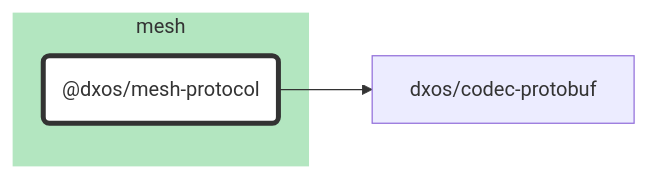
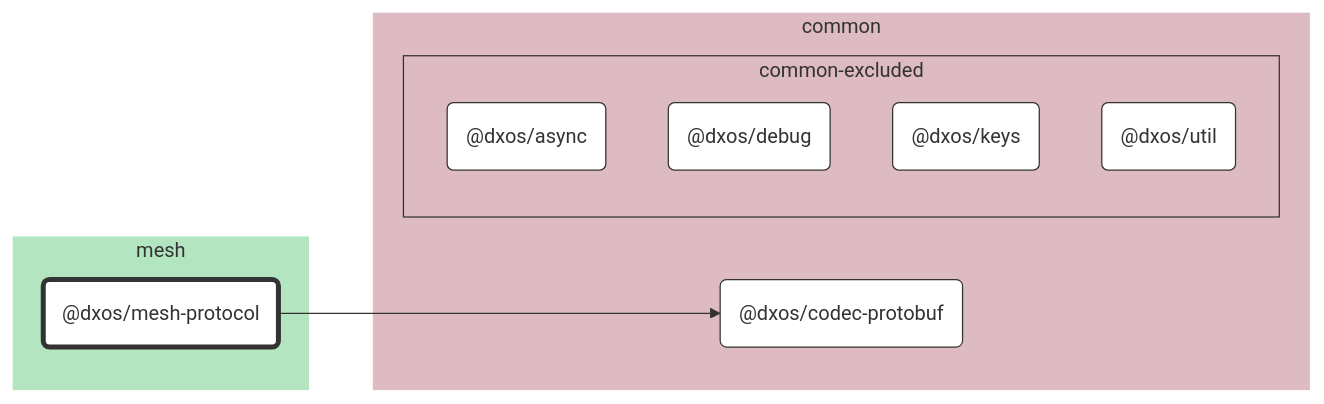
One commit to dxos/dxos changed the diagram in packages/mesh/mesh-protocol/docs/README.md. Above: the diagram before and after it, drawn with Mermaid. The commit also changed 69 other files, not shown here.

````diff
--- a/packages/mesh/mesh-protocol/docs/README.md
+++ b/packages/mesh/mesh-protocol/docs/README.md
@@ -7,21 +7,39 @@
 ```mermaid
 %%{ init: {'flowchart':{'curve':'basis'}} }%%
 
 flowchart LR
 
 %% Classes
 classDef def fill:#fff,stroke:#333,stroke-width:1px
 classDef root fill:#fff,stroke:#333,stroke-width:4px
 
 %% Nodes
 
 subgraph mesh [mesh]
   style mesh fill:#b3e6c0,stroke:#fff
   dxos/mesh-protocol("@dxos/mesh-protocol"):::root
   click dxos/mesh-protocol "dxos/dxos/tree/main/packages/mesh/mesh-protocol/docs"
 end
 
+subgraph common [common]
+  style common fill:#debac2,stroke:#fff
+  dxos/codec-protobuf("@dxos/codec-protobuf"):::def
+  click dxos/codec-protobuf "dxos/dxos/tree/main/packages/common/codec-protobuf/docs"
+
+  subgraph common-excluded [common-excluded]
+    style common-excluded fill:#debac2,stroke:#333,stroke-dashed:5 5
+    dxos/async("@dxos/async"):::def
+    click dxos/async "dxos/dxos/tree/main/packages/common/async/docs"
+    dxos/debug("@dxos/debug"):::def
+    click dxos/debug "dxos/dxos/tree/main/packages/common/debug/docs"
+    dxos/keys("@dxos/keys"):::def
+    click dxos/keys "dxos/dxos/tree/main/packages/common/keys/docs"
+    dxos/util("@dxos/util"):::def
+    click dxos/util "dxos/dxos/tree/main/packages/common/util/docs"
+  end
+end
+
 %% Links
 linkStyle default stroke:#333,stroke-width:1px
 dxos/mesh-protocol --> dxos/codec-protobuf
 ```
````
